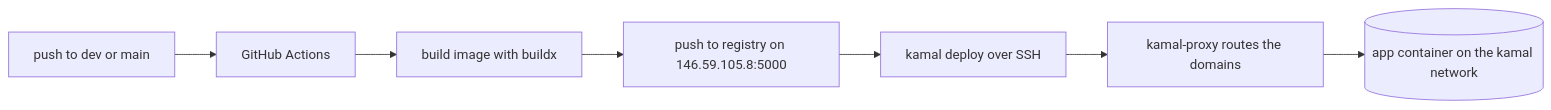
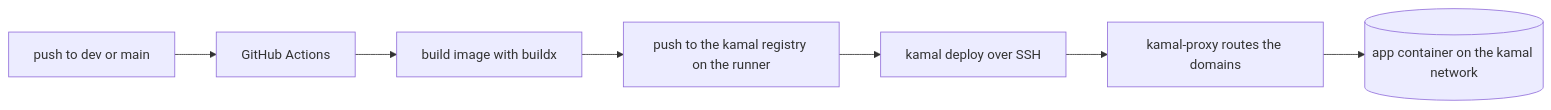
The diagram in docs/deployment.md (Piotr12/memorynote.io), drawn with Mermaid before and after one commit. The commit also changed other lines of this file and 5 other files, not shown here.

Commit message:
fix(deploy): use the kamal local registry on the runner

````diff
--- a/docs/deployment.md
+++ b/docs/deployment.md
@@ -18,9 +18,9 @@
 ```mermaid
 flowchart LR
   A[push to dev or main] --> B[GitHub Actions]
   B --> C[build image with buildx]
-  C --> D[push to registry on 146.59.105.8:5000]
+  C --> D[push to the kamal registry on the runner]
   D --> E[kamal deploy over SSH]
   E --> F[kamal-proxy routes the domains]
   F --> G[(app container on the kamal network)]
 ```
````
